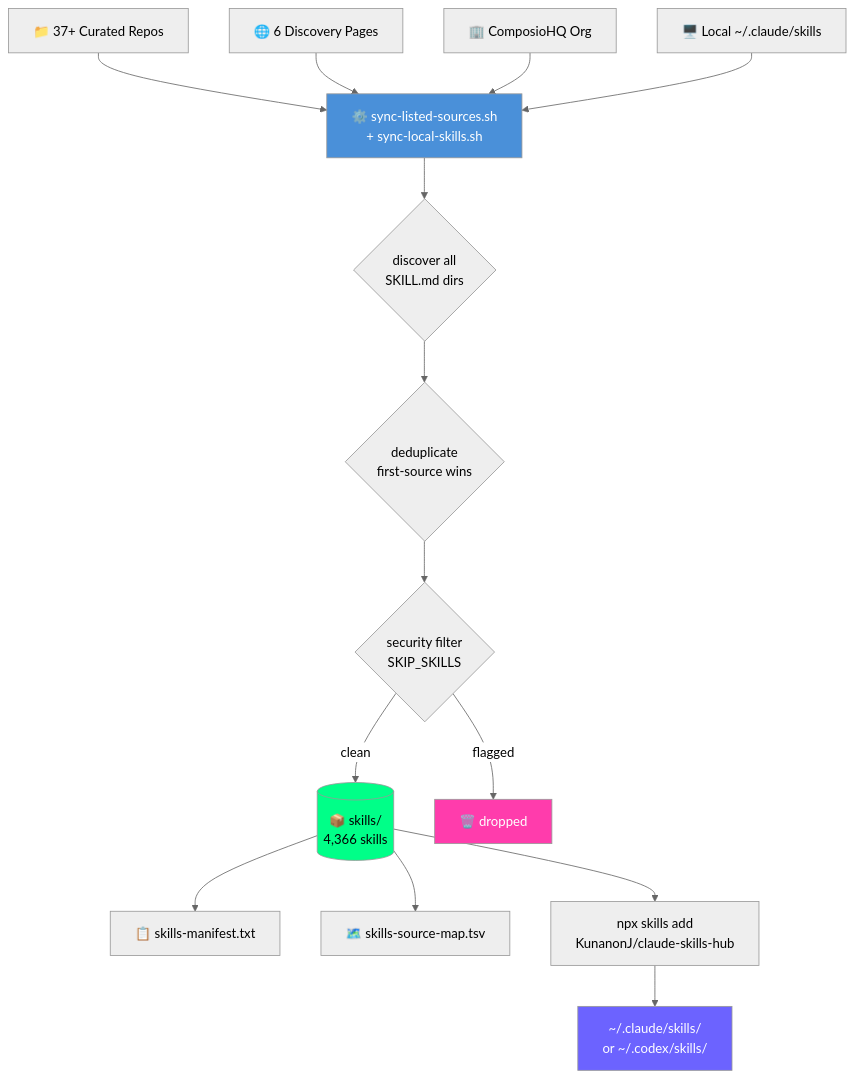
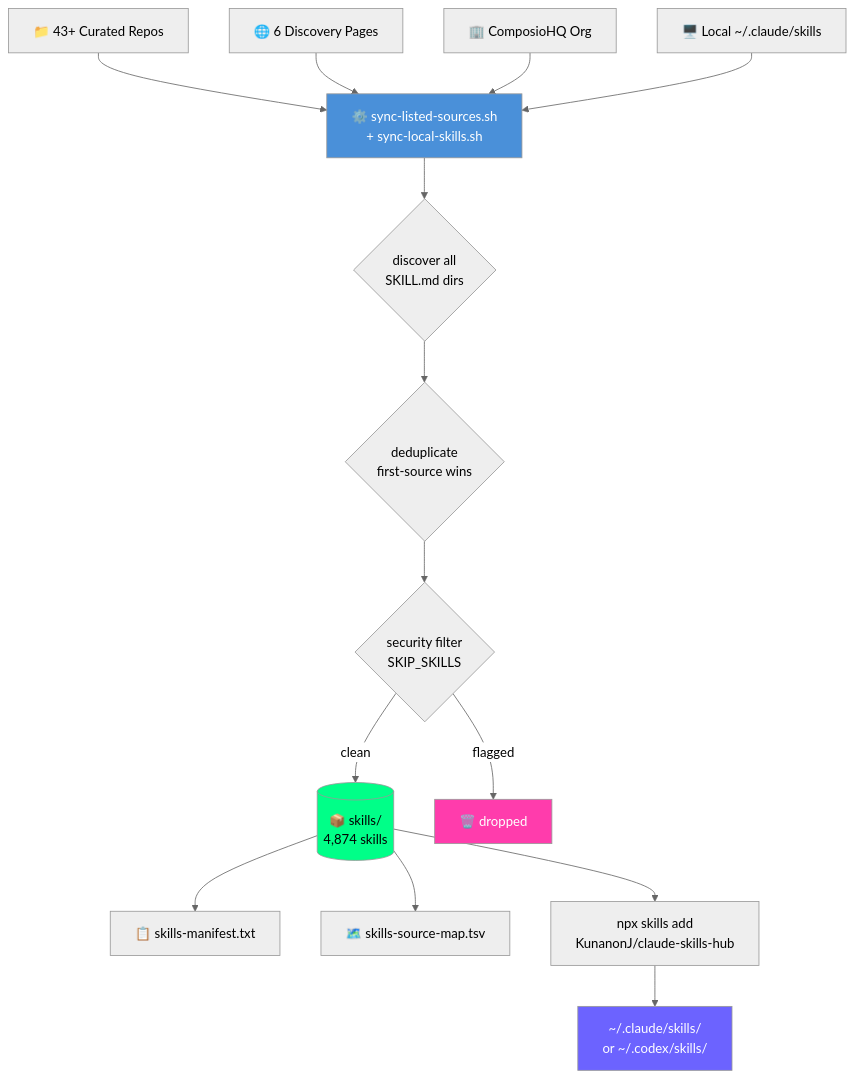
One commit to KunanonJ/claude-skills-hub changed the third of 3 diagrams in README.md. Above: the diagram before and after it, drawn with Mermaid (neutral theme). The commit also changed other lines of this file, not shown here.

Commit message:
docs: update README → 4,874 skills, 43+ sources, new source entries

````diff
--- a/README.md
+++ b/README.md
@@ -209,27 +214,27 @@
 ```mermaid
 flowchart TD
-    A1[📁 37+ Curated Repos] --> S
+    A1[📁 43+ Curated Repos] --> S
     A2[🌐 6 Discovery Pages] --> S
     A3[🏢 ComposioHQ Org] --> S
     A4[🖥️ Local ~/.claude/skills] --> S
 
     S[⚙️ sync-listed-sources.sh\n+ sync-local-skills.sh]
 
     S --> D1{discover all\nSKILL.md dirs}
     D1 --> D2{deduplicate\nfirst-source wins}
     D2 --> D3{security filter\nSKIP_SKILLS}
 
-    D3 -->|clean| OUT[(📦 skills/\n4,366 skills)]
+    D3 -->|clean| OUT[(📦 skills/\n4,874 skills)]
     D3 -->|flagged| BIN[🗑️ dropped]
 
     OUT --> M[📋 skills-manifest.txt]
     OUT --> T[🗺️ skills-source-map.tsv]
     OUT --> I[npx skills add\nKunanonJ/claude-skills-hub]
 
     I --> LOCAL[~/.claude/skills/\nor ~/.codex/skills/]
 
     style S fill:#4A90D9,color:#fff
     style OUT fill:#00ff88,color:#000
     style BIN fill:#ff3cac,color:#fff
     style LOCAL fill:#6c63ff,color:#fff
 ```
````
